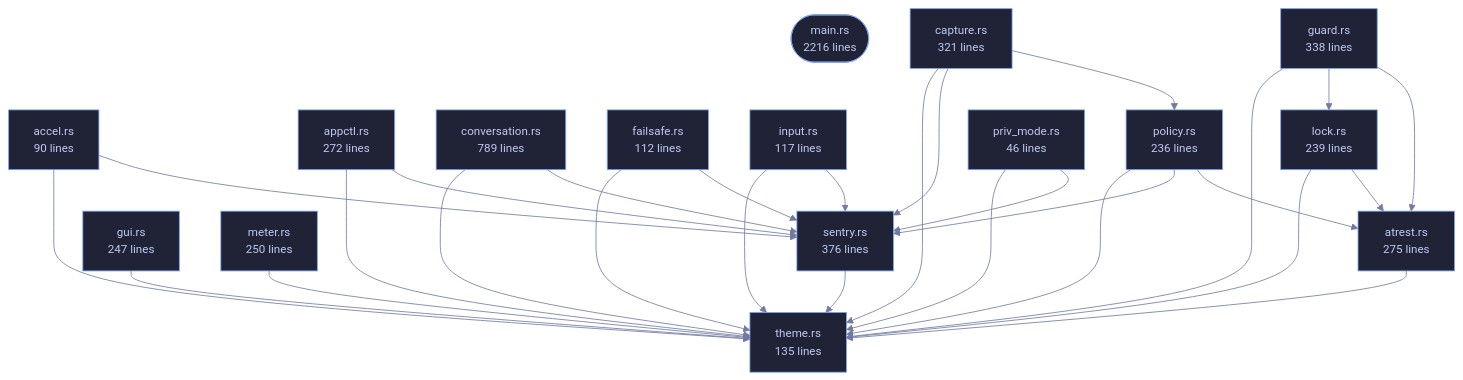
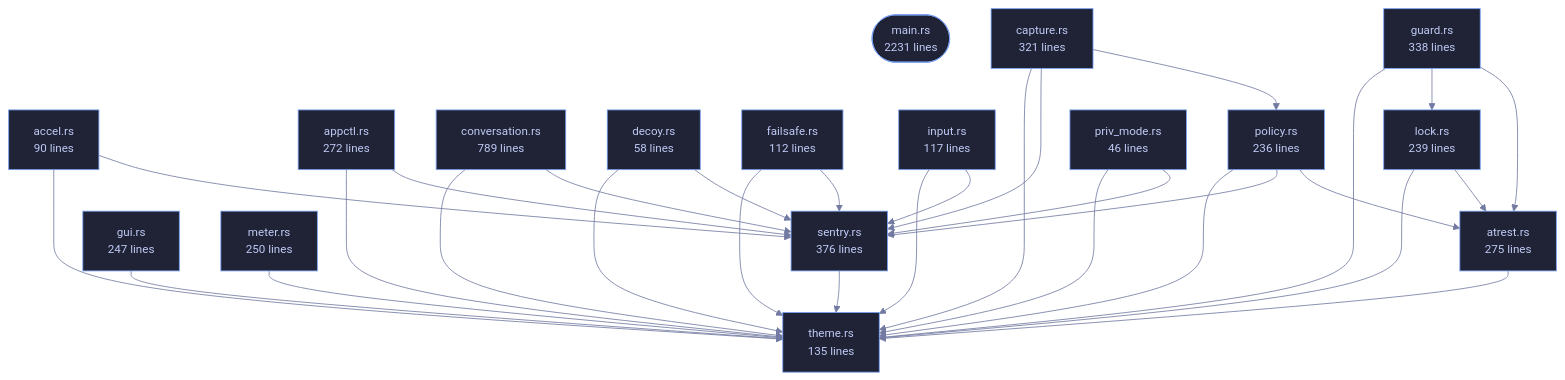
Before and after one commit to tilas01/veilvoice: the diagram in crates/veilvoice-cli/README.md, drawn with Mermaid. The commit also changed other lines of this file and 42 other files, not shown here.

````diff
--- a/crates/veilvoice-cli/README.md
+++ b/crates/veilvoice-cli/README.md
@@ -110,63 +110,67 @@
 ```mermaid
 %%{init: {"theme":"base","themeVariables":{"background":"#1a1b26","primaryColor":"#1f2335","primaryTextColor":"#c0caf5","primaryBorderColor":"#7aa2f7","secondaryColor":"#16161e","tertiaryColor":"#16161e","lineColor":"#737aa2","textColor":"#c0caf5","mainBkg":"#1f2335","nodeBorder":"#7aa2f7","clusterBkg":"#16161e","clusterBorder":"#2f3549","fontFamily":"ui-monospace, SFMono-Regular, Consolas, monospace","fontSize":"14px"}}}%%
 flowchart TD
-    n_main(["main.rs<br/>2216 lines"])
+    n_main(["main.rs<br/>2231 lines"])
     n_accel["accel.rs<br/>90 lines"]
     n_appctl["appctl.rs<br/>272 lines"]
     n_atrest["atrest.rs<br/>275 lines"]
     n_capture["capture.rs<br/>321 lines"]
     n_conversation["conversation.rs<br/>789 lines"]
+    n_decoy["decoy.rs<br/>58 lines"]
     n_failsafe["failsafe.rs<br/>112 lines"]
     n_guard["guard.rs<br/>338 lines"]
     n_gui["gui.rs<br/>247 lines"]
     n_input["input.rs<br/>117 lines"]
     n_lock["lock.rs<br/>239 lines"]
     n_meter["meter.rs<br/>250 lines"]
     n_policy["policy.rs<br/>236 lines"]
     n_priv_mode["priv_mode.rs<br/>46 lines"]
     n_sentry["sentry.rs<br/>376 lines"]
     n_theme["theme.rs<br/>135 lines"]
     n_accel --> n_sentry
     n_accel --> n_theme
     n_appctl --> n_sentry
     n_appctl --> n_theme
     n_atrest --> n_theme
     n_capture --> n_policy
     n_capture --> n_sentry
     n_capture --> n_theme
     n_conversation --> n_sentry
     n_conversation --> n_theme
+    n_decoy --> n_sentry
+    n_decoy --> n_theme
     n_failsafe --> n_sentry
     n_failsafe --> n_theme
     n_guard --> n_atrest
     n_guard --> n_lock
     n_guard --> n_theme
     n_gui --> n_theme
     n_input --> n_sentry
     n_input --> n_theme
     n_lock --> n_atrest
     n_lock --> n_theme
     n_meter --> n_theme
     n_policy --> n_atrest
     n_policy --> n_sentry
     n_policy --> n_theme
     n_priv_mode --> n_sentry
     n_priv_mode --> n_theme
     n_sentry --> n_theme
     click n_main href "https://github.com/tilas01/veilvoice/blob/main/crates/veilvoice-cli/src/main.rs" "open the source"
     click n_accel href "https://github.com/tilas01/veilvoice/blob/main/crates/veilvoice-cli/src/accel.rs" "open the source"
     click n_appctl href "https://github.com/tilas01/veilvoice/blob/main/crates/veilvoice-cli/src/appctl.rs" "open the source"
     click n_atrest href "https://github.com/tilas01/veilvoice/blob/main/crates/veilvoice-cli/src/atrest.rs" "open the source"
     click n_capture href "https://github.com/tilas01/veilvoice/blob/main/crates/veilvoice-cli/src/capture.rs" "open the source"
     click n_conversation href "https://github.com/tilas01/veilvoice/blob/main/crates/veilvoice-cli/src/conversation.rs" "open the source"
+    click n_decoy href "https://github.com/tilas01/veilvoice/blob/main/crates/veilvoice-cli/src/decoy.rs" "open the source"
     click n_failsafe href "https://github.com/tilas01/veilvoice/blob/main/crates/veilvoice-cli/src/failsafe.rs" "open the source"
     click n_guard href "https://github.com/tilas01/veilvoice/blob/main/crates/veilvoice-cli/src/guard.rs" "open the source"
     click n_gui href "https://github.com/tilas01/veilvoice/blob/main/crates/veilvoice-cli/src/gui.rs" "open the source"
     click n_input href "https://github.com/tilas01/veilvoice/blob/main/crates/veilvoice-cli/src/input.rs" "open the source"
     click n_lock href "https://github.com/tilas01/veilvoice/blob/main/crates/veilvoice-cli/src/lock.rs" "open the source"
     click n_meter href "https://github.com/tilas01/veilvoice/blob/main/crates/veilvoice-cli/src/meter.rs" "open the source"
     click n_policy href "https://github.com/tilas01/veilvoice/blob/main/crates/veilvoice-cli/src/policy.rs" "open the source"
     click n_priv_mode href "https://github.com/tilas01/veilvoice/blob/main/crates/veilvoice-cli/src/priv_mode.rs" "open the source"
     click n_sentry href "https://github.com/tilas01/veilvoice/blob/main/crates/veilvoice-cli/src/sentry.rs" "open the source"
     click n_theme href "https://github.com/tilas01/veilvoice/blob/main/crates/veilvoice-cli/src/theme.rs" "open the source"
 ```
````
